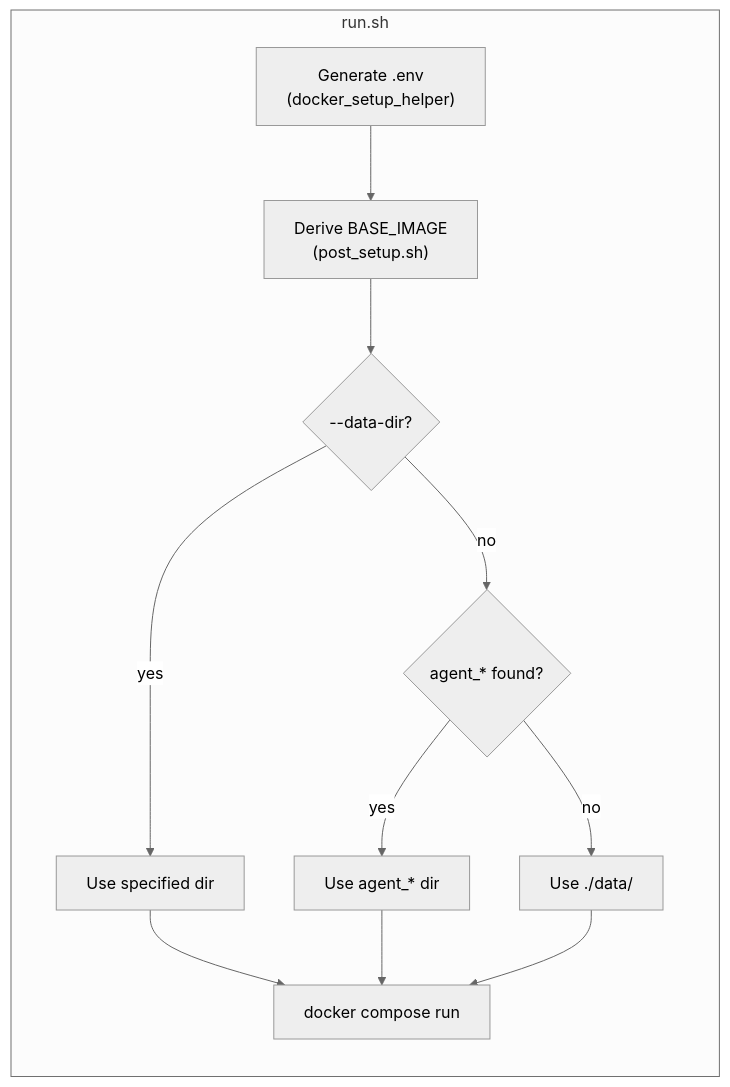
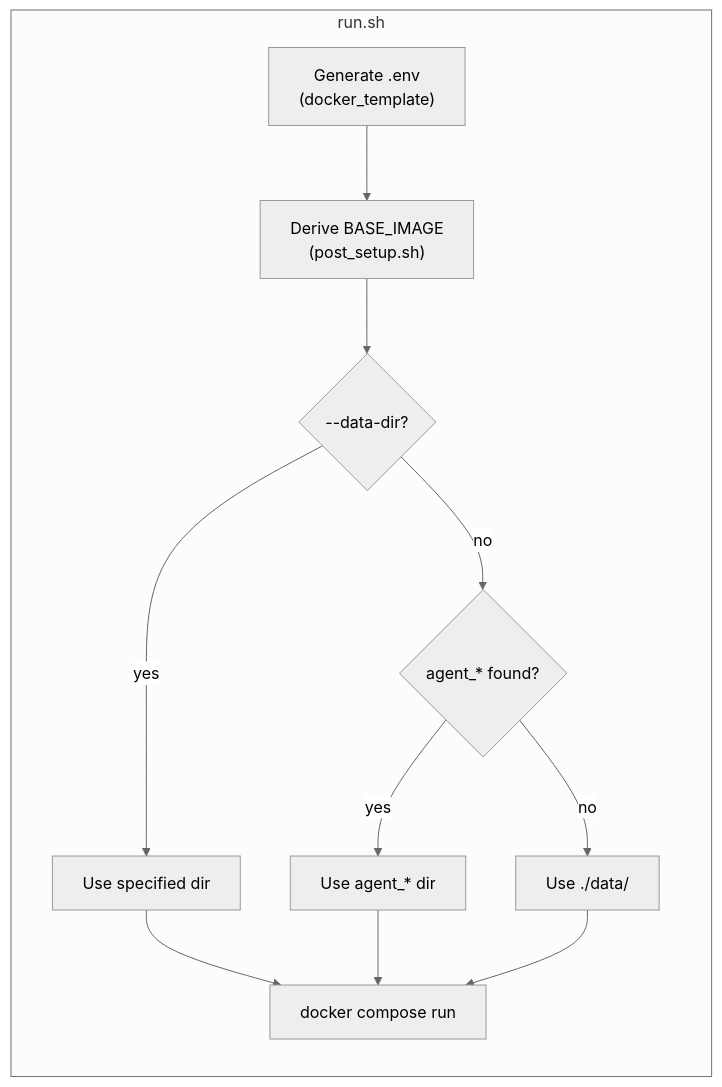
The third of 3 diagrams in README.md (ycpss91255-docker/ai_agent), drawn with Mermaid (neutral theme) before and after one commit. The commit also changed other lines of this file and 4 other files, not shown here.

First line of the commit message:
docs: replace docker_setup_helper refs with docker_template

````diff
--- a/README.md
+++ b/README.md
@@ -104,14 +104,14 @@
 ```mermaid
 flowchart LR
     subgraph "run.sh"
-        A["Generate .env<br/>(docker_setup_helper)"] --> B["Derive BASE_IMAGE<br/>(post_setup.sh)"]
+        A["Generate .env<br/>(docker_template)"] --> B["Derive BASE_IMAGE<br/>(post_setup.sh)"]
         B --> C{"--data-dir?"}
         C -->|yes| D["Use specified dir"]
         C -->|no| E{"agent_* found?"}
         E -->|yes| F["Use agent_* dir"]
         E -->|no| G["Use ./data/"]
         D --> H["docker compose run"]
         F --> H
         G --> H
     end
 ```
````
